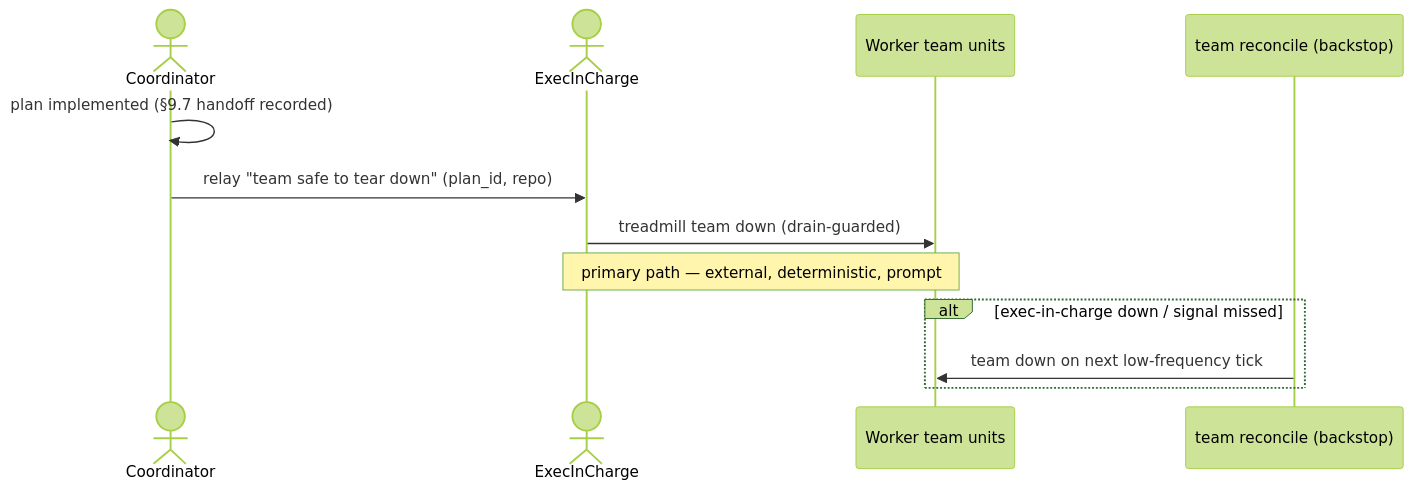
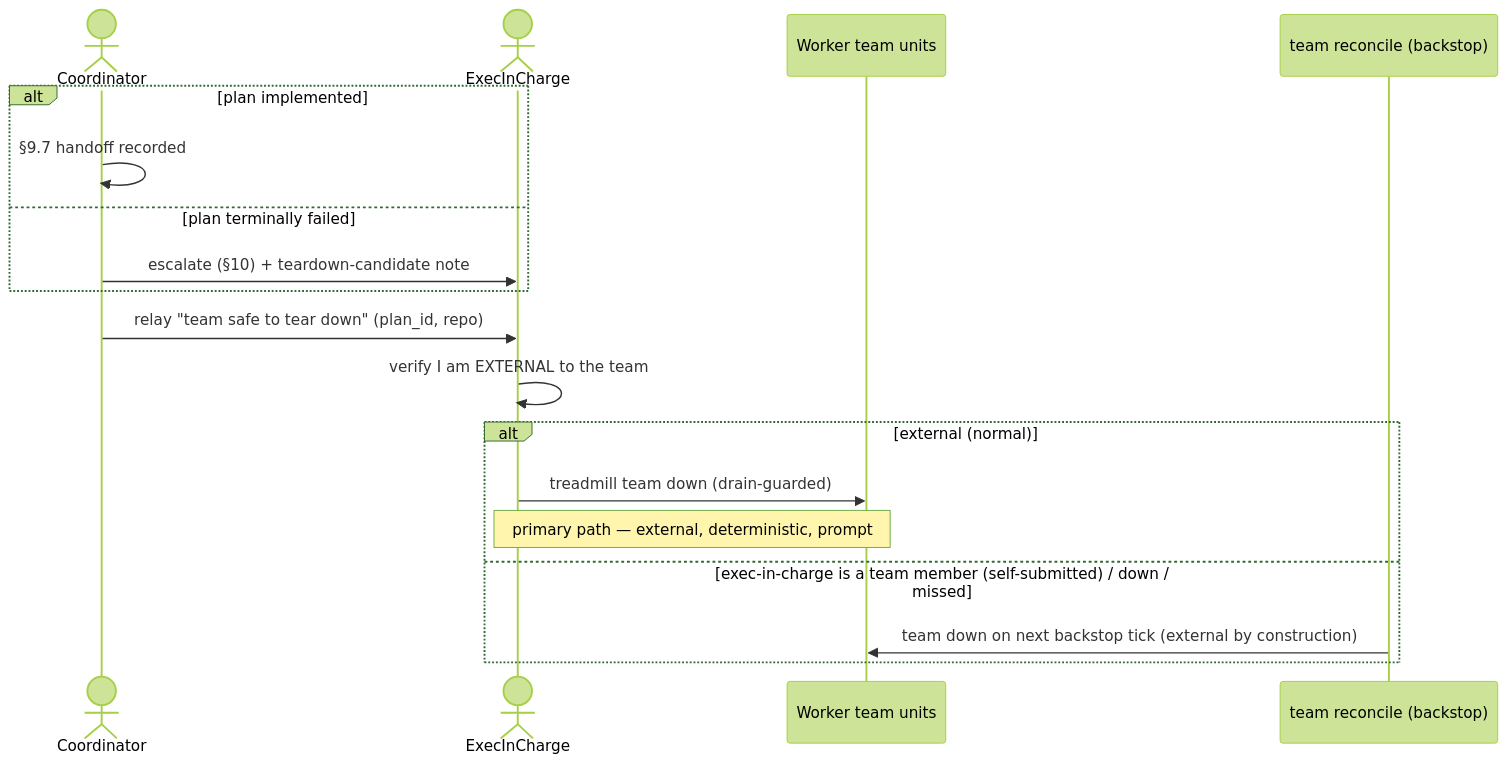
Before and after one commit to joeLepper/treadmill: the diagram in docs/adrs/0112-event-driven-team-teardown-by-the-exec-in-charge.md, drawn with Mermaid (forest theme). The commit also changed other lines of this file and 3 other files, not shown here.

````diff
--- a/docs/adrs/0112-event-driven-team-teardown-by-the-exec-in-charge.md
+++ b/docs/adrs/0112-event-driven-team-teardown-by-the-exec-in-charge.md
@@ -91,14 +127,20 @@
 ```mermaid
 sequenceDiagram
     actor Coordinator
     actor ExecInCharge
     participant Team as Worker team units
-    Coordinator->>Coordinator: plan implemented (§9.7 handoff recorded)
+    participant Reconcile as team reconcile (backstop)
+    alt plan implemented
+        Coordinator->>Coordinator: §9.7 handoff recorded
+    else plan terminally failed
+        Coordinator->>ExecInCharge: escalate (§10) + teardown-candidate note
+    end
     Coordinator->>ExecInCharge: relay "team safe to tear down" (plan_id, repo)
-    ExecInCharge->>Team: treadmill team down (drain-guarded)
-    Note over ExecInCharge,Team: primary path — external, deterministic, prompt
-    alt exec-in-charge down / signal missed
-        participant Reconcile as team reconcile (backstop)
-        Reconcile->>Team: team down on next low-frequency tick
+    ExecInCharge->>ExecInCharge: verify I am EXTERNAL to the team
+    alt external (normal)
+        ExecInCharge->>Team: treadmill team down (drain-guarded)
+        Note over ExecInCharge,Team: primary path — external, deterministic, prompt
+    else exec-in-charge is a team member (self-submitted) / down / missed
+        Reconcile->>Team: team down on next backstop tick (external by construction)
     end
 ```
````
